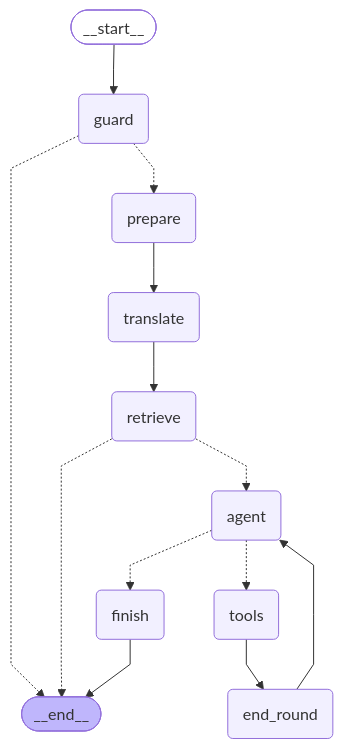
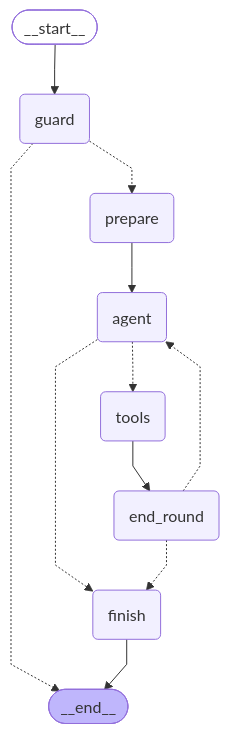
The second of 3 diagrams in docs/ARCHITECTURE.md (NMH1988/fitcoach-ai-assistant), drawn with Mermaid before and after one commit. The commit also changed other lines of this file and 28 other files, not shown here.

````diff
--- a/docs/ARCHITECTURE.md
+++ b/docs/ARCHITECTURE.md
@@ -39,33 +40,29 @@
 ```mermaid
 ---
 config:
   flowchart:
     curve: linear
 ---
 graph TD;
 	__start__([<p>__start__</p>]):::first
 	guard(guard)
 	prepare(prepare)
-	translate(translate)
-	retrieve(retrieve)
 	finish(finish)
 	agent(agent)
 	tools(tools)
 	end_round(end_round)
 	__end__([<p>__end__</p>]):::last
 	__start__ --> guard;
 	agent -.-> finish;
 	agent -.-> tools;
-	end_round --> agent;
+	end_round -.-> agent;
+	end_round -.-> finish;
 	guard -.-> __end__;
 	guard -.-> prepare;
-	prepare --> translate;
-	retrieve -.-> __end__;
-	retrieve -.-> agent;
+	prepare --> agent;
 	tools --> end_round;
-	translate --> retrieve;
 	finish --> __end__;
 	classDef default fill:#f2f0ff,line-height:1.2
 	classDef first fill-opacity:0
 	classDef last fill:#bfb6fc
 ```
````
